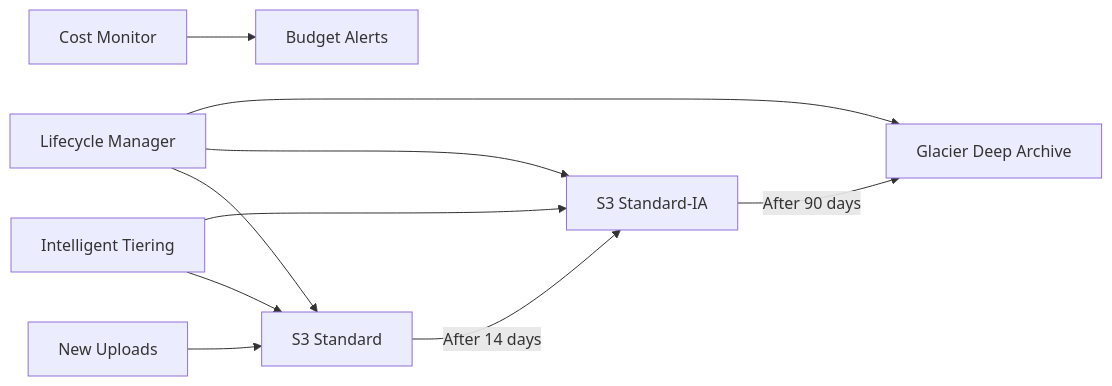
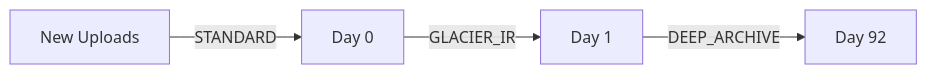
The diagram in README.md (navinku/s3-storage-optimizer), drawn with Mermaid before and after one commit. The commit also changed other lines of this file and 5 other files, not shown here.

````diff
--- a/README.md
+++ b/README.md
@@ -27,12 +19,6 @@
 ```mermaid
 graph LR
-    A[New Uploads] --> B[S3 Standard]
-    B -->|After 14 days| C[S3 Standard-IA]
-    C -->|After 90 days| D[Glacier Deep Archive]
-    E[Intelligent Tiering] --> B
-    E --> C
-    F[Lifecycle Manager] --> B
-    F --> C
-    F --> D
-    G[Cost Monitor] --> H[Budget Alerts]
+    A[New Uploads] -->|STANDARD| B[Day 0]
+    B -->|GLACIER_IR| C[Day 1]
+    C -->|DEEP_ARCHIVE| D[Day 92]
 ```
````
